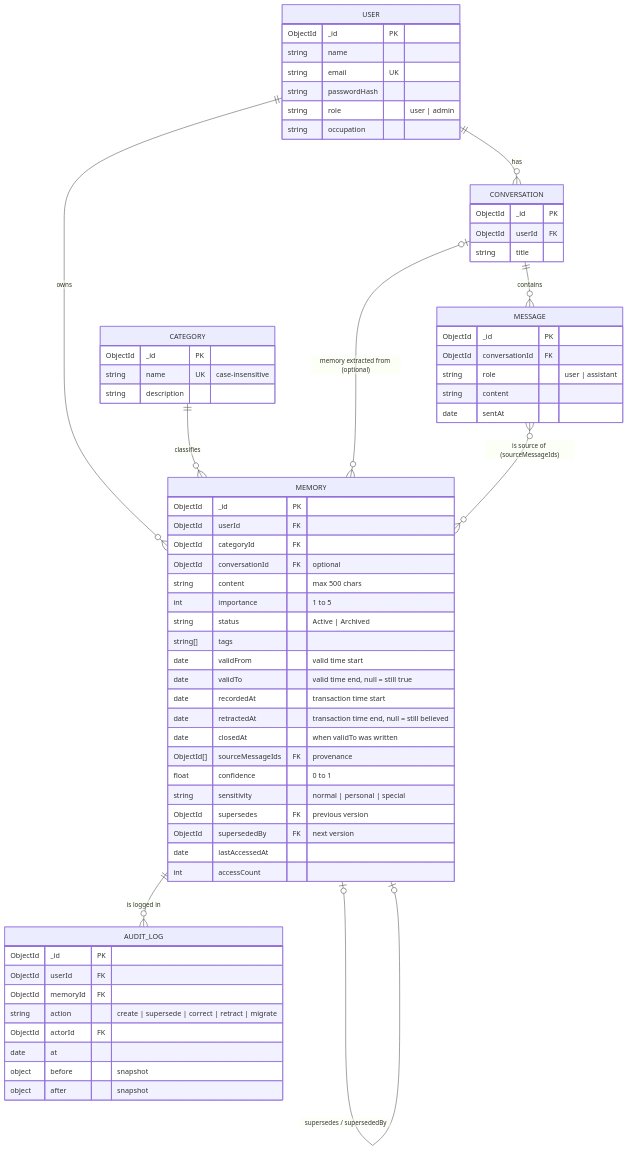
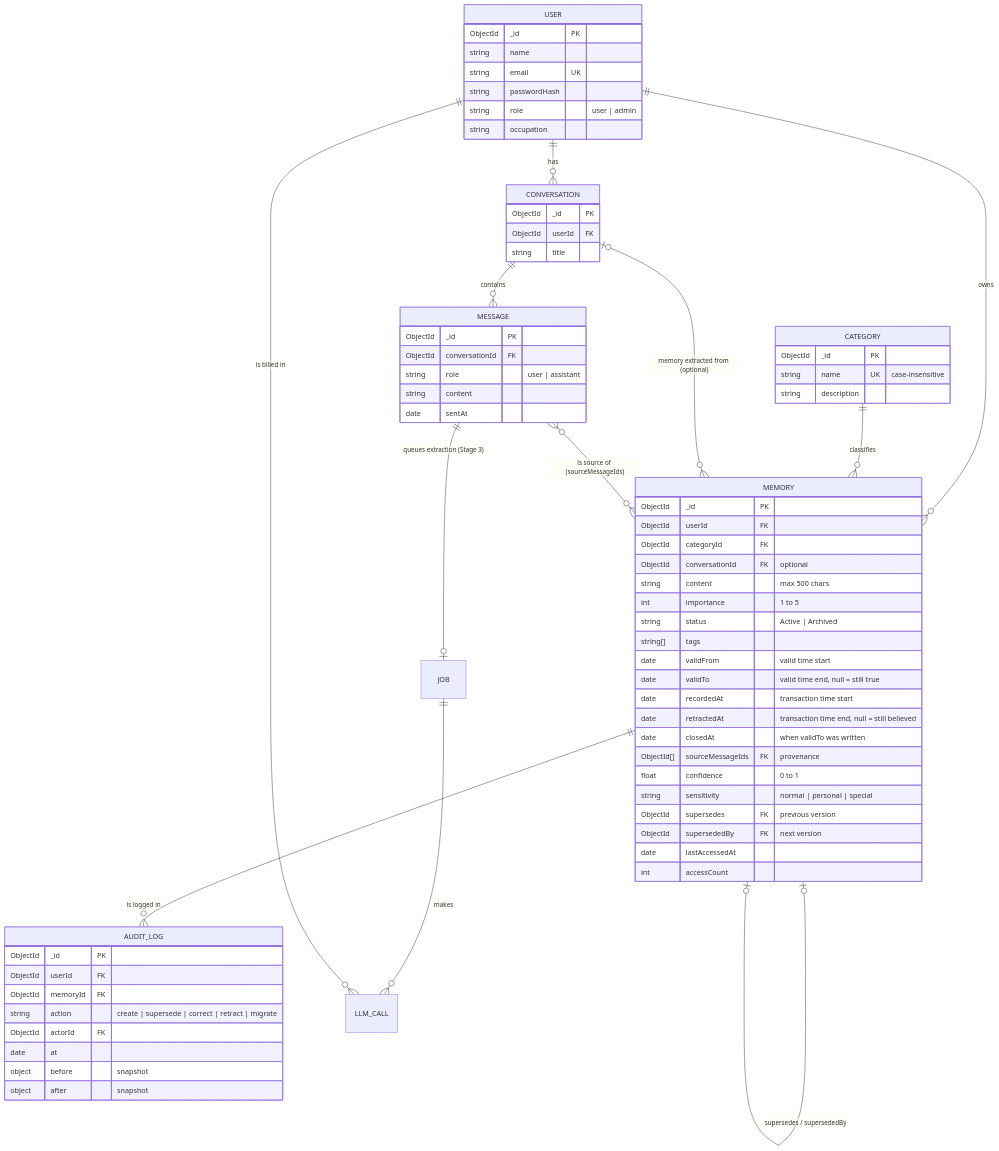
One commit to PavitranVC/AI-Memory-Organizer changed the second of 2 diagrams in README.md. Above: the diagram before and after it, drawn with Mermaid. The commit also changed other lines of this file and 2 other files, not shown here.

First line of the commit message:
Document the extraction pipeline, provider switch and new variables; run the worker and the keyless live test in CI

````diff
--- a/README.md
+++ b/README.md
@@ -226,69 +317,72 @@
 ```mermaid
 erDiagram
   USER ||--o{ CONVERSATION : "has"
   USER ||--o{ MEMORY : "owns"
   CONVERSATION ||--o{ MESSAGE : "contains"
   CATEGORY ||--o{ MEMORY : "classifies"
   CONVERSATION |o--o{ MEMORY : "memory extracted from (optional)"
   MESSAGE }o--o{ MEMORY : "is source of (sourceMessageIds)"
   MEMORY |o--o| MEMORY : "supersedes / supersededBy"
   MEMORY ||--o{ AUDIT_LOG : "is logged in"
+  MESSAGE ||--o| JOB : "queues extraction (Stage 3)"
+  JOB ||--o{ LLM_CALL : "makes"
+  USER ||--o{ LLM_CALL : "is billed in"
 
   USER {
     ObjectId _id PK
     string name
     string email UK
     string passwordHash
     string role "user | admin"
     string occupation
   }
   CATEGORY {
     ObjectId _id PK
     string name UK "case-insensitive"
     string description
   }
   CONVERSATION {
     ObjectId _id PK
     ObjectId userId FK
     string title
   }
   MESSAGE {
     ObjectId _id PK
     ObjectId conversationId FK
     string role "user | assistant"
     string content
     date sentAt
   }
   MEMORY {
     ObjectId _id PK
     ObjectId userId FK
     ObjectId categoryId FK
     ObjectId conversationId FK "optional"
     string content "max 500 chars"
     int importance "1 to 5"
     string status "Active | Archived"
     string[] tags
     date validFrom "valid time start"
     date validTo "valid time end, null = still true"
     date recordedAt "transaction time start"
     date retractedAt "transaction time end, null = still believed"
     date closedAt "when validTo was written"
     ObjectId[] sourceMessageIds FK "provenance"
     float confidence "0 to 1"
     string sensitivity "normal | personal | special"
     ObjectId supersedes FK "previous version"
     ObjectId supersededBy FK "next version"
     date lastAccessedAt
     int accessCount
   }
   AUDIT_LOG {
     ObjectId _id PK
     ObjectId userId FK
     ObjectId memoryId FK
     string action "create | supersede | correct | retract | migrate"
     ObjectId actorId FK
     date at
     object before "snapshot"
     object after "snapshot"
   }
 ```
````
